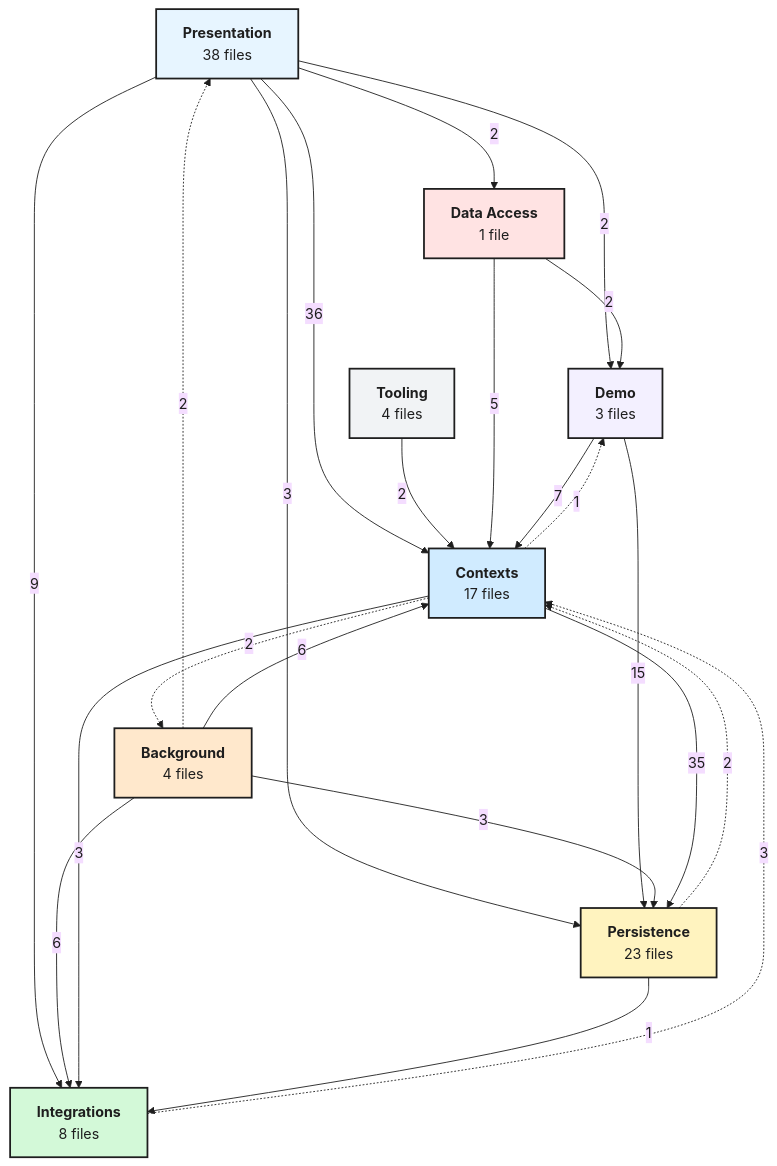
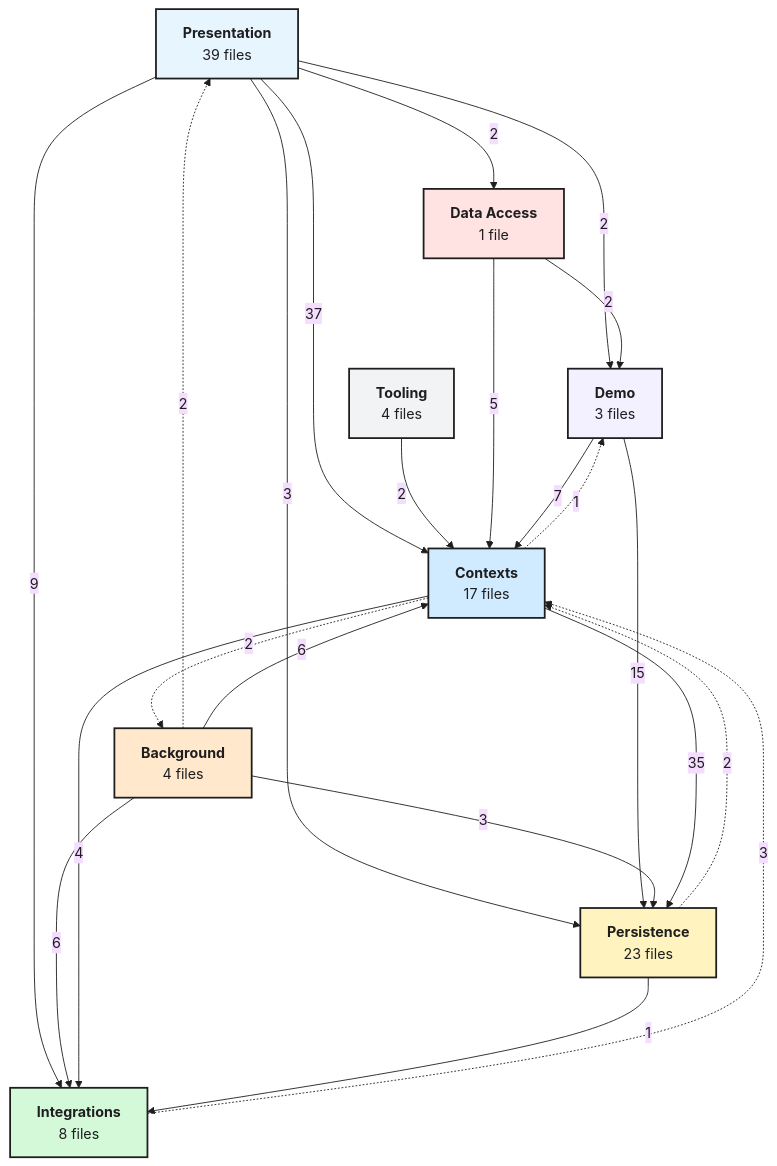
Before and after one commit to sudo-adduser-jordan/tripwire: the second of 2 diagrams in docs/architecture.md, drawn with Mermaid. The commit also changed other lines of this file and 258 other files, not shown here.

````diff
--- a/docs/architecture.md
+++ b/docs/architecture.md
@@ -70,41 +70,41 @@
 ```mermaid
 %%{init: {"theme": "base", "flowchart": {"curve": "basis", "nodeSpacing": 60, "rankSpacing": 100, "wrappingWidth": 200}, "themeVariables": {"fontFamily": "sans-serif", "lineColor": "#1e1e1e", "primaryTextColor": "#1e1e1e"}}}%%
 flowchart TD
-  presentation["<b>Presentation</b><br/>38 files"]:::blue
+  presentation["<b>Presentation</b><br/>39 files"]:::blue
   tooling["<b>Tooling</b><br/>4 files"]:::gray
   data_access["<b>Data Access</b><br/>1 file"]:::rose
   demo["<b>Demo</b><br/>3 files"]:::violet
   background["<b>Background</b><br/>4 files"]:::orange
   contexts["<b>Contexts</b><br/>17 files"]:::cyan
   persistence["<b>Persistence</b><br/>23 files"]:::yellow
   integrations["<b>Integrations</b><br/>8 files"]:::green
   presentation -->|2| data_access
   presentation -->|2| demo
-  presentation -->|36| contexts
+  presentation -->|37| contexts
   presentation -->|3| persistence
   presentation -->|9| integrations
   tooling -->|2| contexts
   data_access -->|2| demo
   data_access -->|5| contexts
   demo -->|7| contexts
   demo -->|15| persistence
   background -.->|2| presentation
   background -->|6| contexts
   background -->|3| persistence
   background -->|6| integrations
   contexts -.->|1| demo
   contexts -.->|2| background
   contexts -->|35| persistence
-  contexts -->|3| integrations
+  contexts -->|4| integrations
   persistence -.->|2| contexts
   persistence -->|1| integrations
   integrations -.->|3| contexts
   classDef blue fill:#e7f5ff,stroke:#1e1e1e,stroke-width:2px,color:#1e1e1e
   classDef gray fill:#f1f3f5,stroke:#1e1e1e,stroke-width:2px,color:#1e1e1e
   classDef rose fill:#ffe3e3,stroke:#1e1e1e,stroke-width:2px,color:#1e1e1e
   classDef violet fill:#f3f0ff,stroke:#1e1e1e,stroke-width:2px,color:#1e1e1e
   classDef orange fill:#ffe8cc,stroke:#1e1e1e,stroke-width:2px,color:#1e1e1e
   classDef cyan fill:#d0ebff,stroke:#1e1e1e,stroke-width:2px,color:#1e1e1e
   classDef yellow fill:#fff3bf,stroke:#1e1e1e,stroke-width:2px,color:#1e1e1e
   classDef green fill:#d3f9d8,stroke:#1e1e1e,stroke-width:2px,color:#1e1e1e
 ```
````
